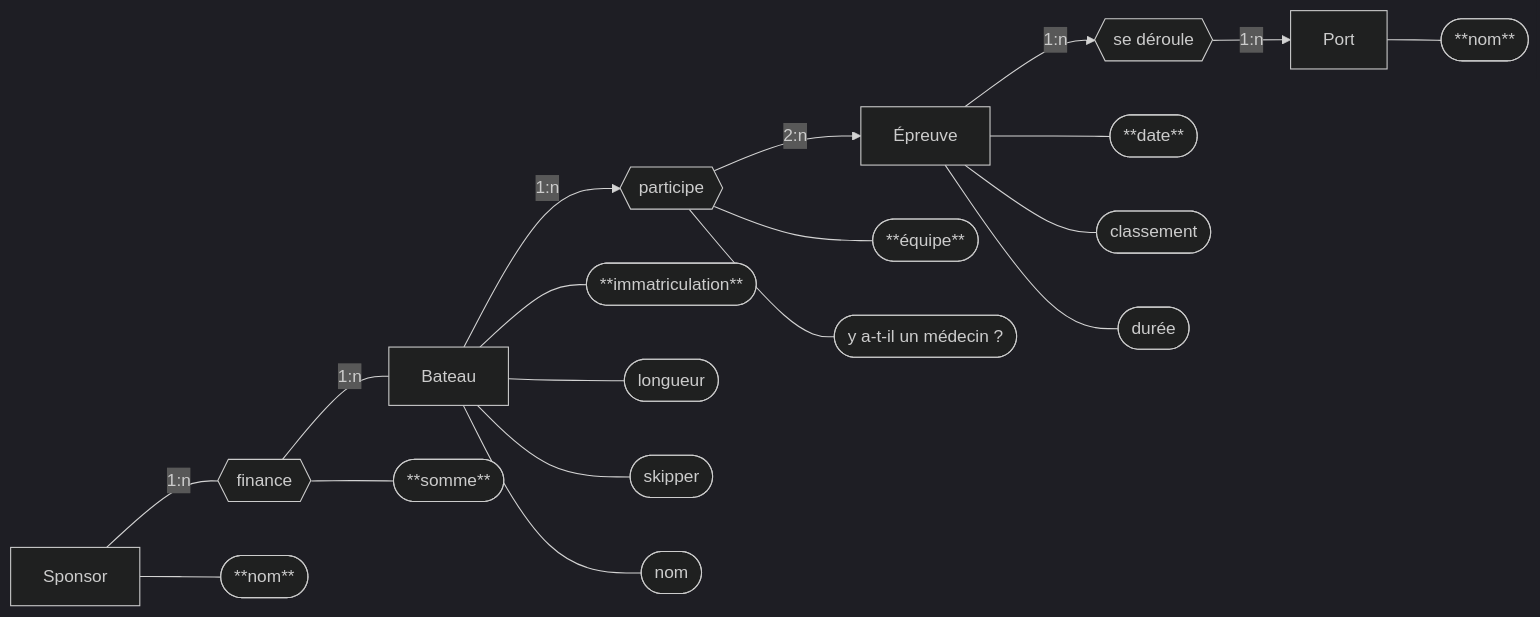
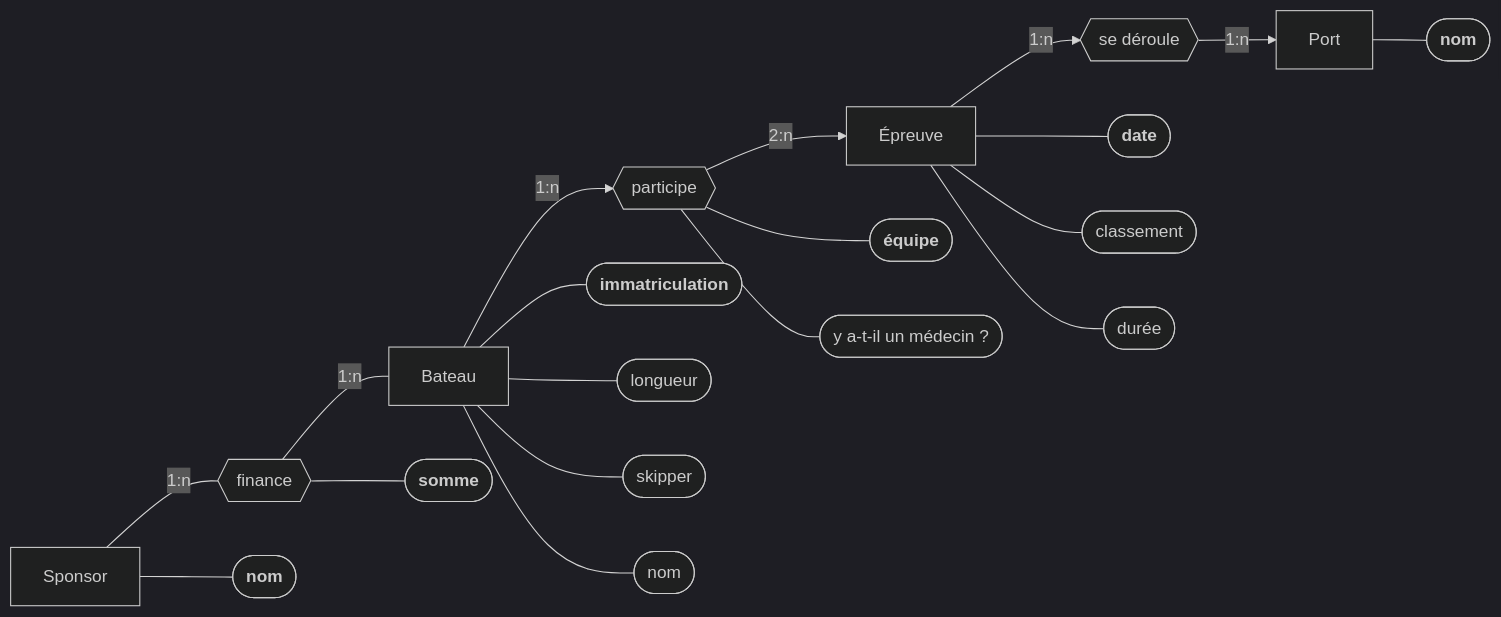
The diagram in base_de_donnee/chapitre_1/schema_exo_5.md (Atellane/NSI_2023_2024), drawn with Mermaid (dark theme) before and after one commit. The commit also changed other lines of this file and 1 other file, not shown here.

Commit message:
correction erreurs + exercices terminés

````diff
--- a/base_de_donnee/chapitre_1/schema_exo_5.md
+++ b/base_de_donnee/chapitre_1/schema_exo_5.md
@@ -17,40 +17,40 @@
 ```mermaid
 flowchart LR
 EntityClassBoat["Bateau"]
 EntityClassSponsor["Sponsor"]
 EntityClassTest["Épreuve"]
 EntityClassSeaport["Port"]
 AssociationClassFinance{{"finance"}}
 AssociationClassParticipate{{"participe"}}
 AssociationClassTakesPlace{{"se déroule"}}
-BoatAttribute1(["**immatriculation**"])
+BoatAttribute1(["`**immatriculation**`"])
 BoatAttribute2(["longueur"])
 BoatAttribute3(["skipper"])
 BoatAttribute4(["nom"])
-SponsorAttribute1(["**nom**"])
-TestAttribute1(["**date**"])
+SponsorAttribute1(["`**nom**`"])
+TestAttribute1(["`**date**`"])
 TestAttribute2(["classement"])
 TestAttribute3(["durée"])
-SeaportAttribute1(["**nom**"])
-FinanceAttribute1(["**somme**"])
-ParticipateAttribute1(["**équipe**"])
+SeaportAttribute1(["`**nom**`"])
+FinanceAttribute1(["`**somme**`"])
+ParticipateAttribute1(["`**équipe**`"])
 ParticipateAttribute2(["y a-t-il un médecin ?"])
 EntityClassSponsor -- 1:n --- AssociationClassFinance
 AssociationClassFinance -- 1:n --- EntityClassBoat
 EntityClassBoat -- 1:n --> AssociationClassParticipate
 AssociationClassParticipate -- 2:n --> EntityClassTest
 EntityClassTest -- 1:n --> AssociationClassTakesPlace
 AssociationClassTakesPlace -- 1:n --> EntityClassSeaport
 EntityClassBoat --- BoatAttribute1
 EntityClassBoat --- BoatAttribute2
 EntityClassBoat --- BoatAttribute3
 EntityClassBoat --- BoatAttribute4
 EntityClassSponsor --- SponsorAttribute1
 EntityClassTest --- TestAttribute1
 EntityClassTest --- TestAttribute2
 EntityClassTest --- TestAttribute3
 EntityClassSeaport --- SeaportAttribute1
 AssociationClassFinance --- FinanceAttribute1
 AssociationClassParticipate --- ParticipateAttribute1
 AssociationClassParticipate --- ParticipateAttribute2
 ```
````
